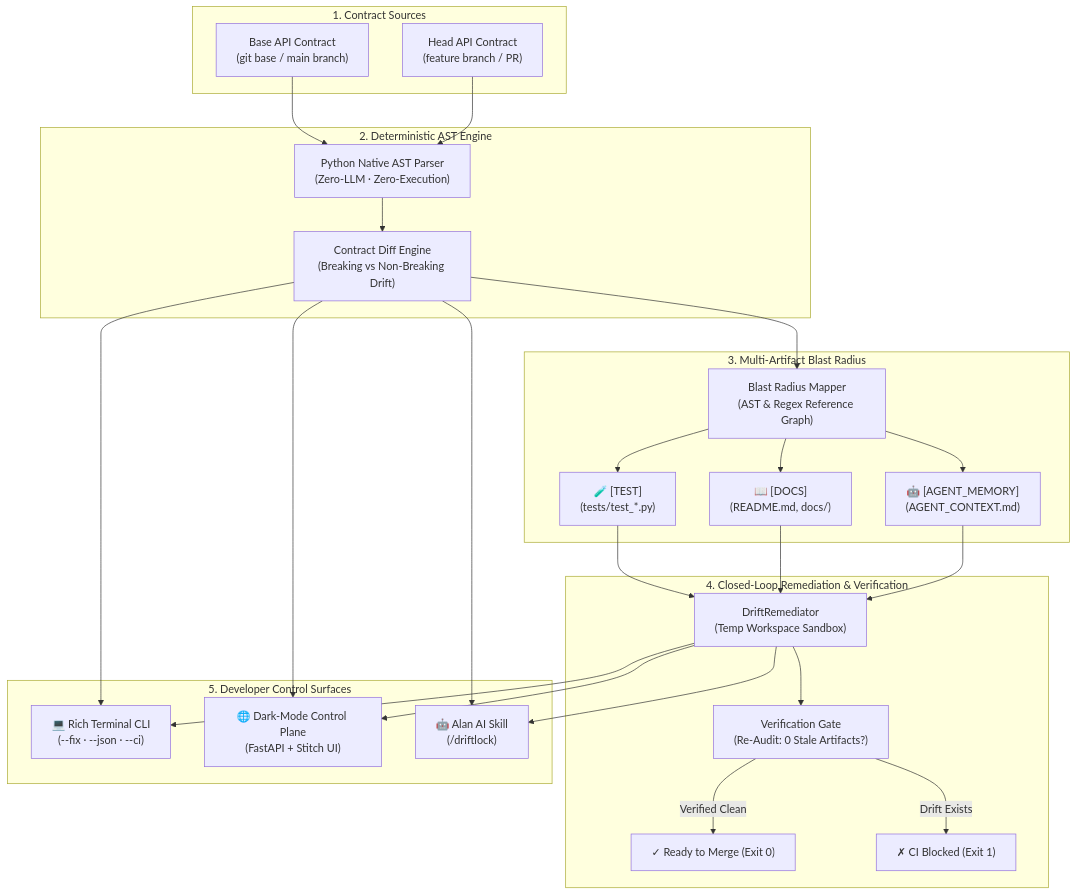
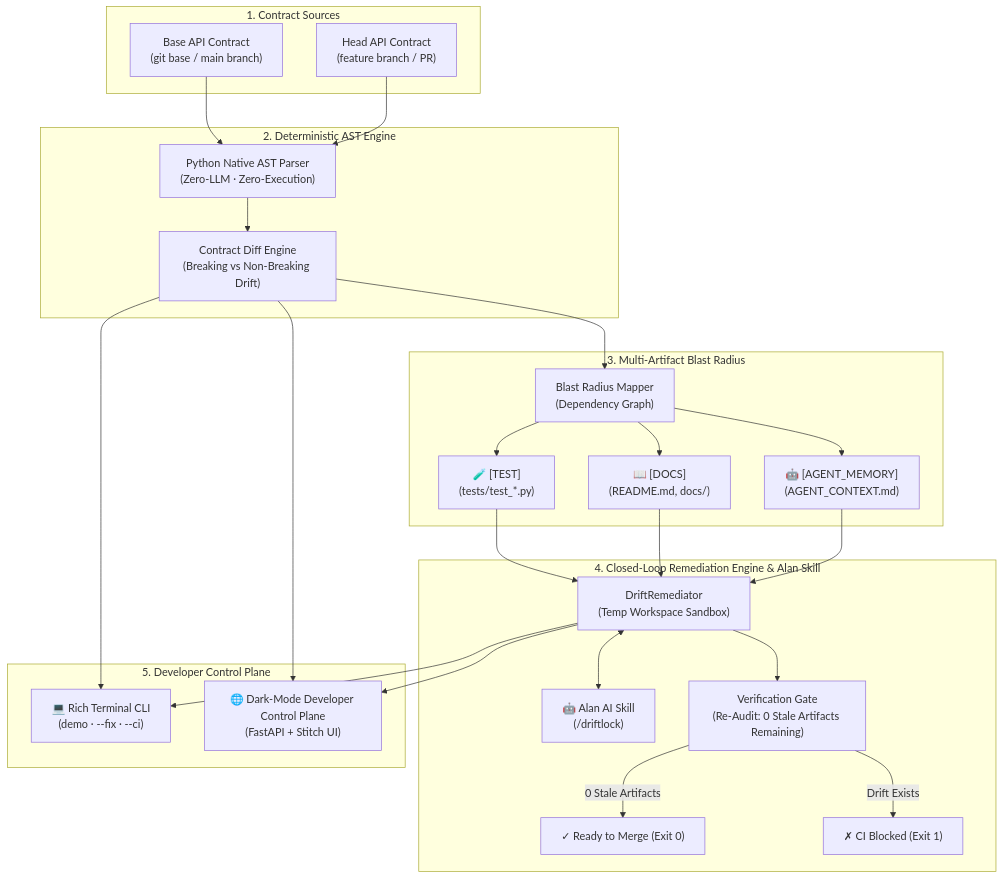
Before and after one commit to Jishnu1618/Driftlock: the diagram in README.md, drawn with Mermaid. The commit also changed other lines of this file and 1 other file, not shown here.

Commit message:
docs: polish executive README with live deployed URL and add driftlock-ci.yml workflow

````diff
--- a/README.md
+++ b/README.md
@@ -59,56 +64,55 @@
 ```mermaid
 flowchart TD
     subgraph Inputs ["1. Contract Sources"]
         Base["Base API Contract\n(git base / main branch)"]
         Head["Head API Contract\n(feature branch / PR)"]
     end
 
     subgraph CoreEngine ["2. Deterministic AST Engine"]
         ASTParser["Python Native AST Parser\n(Zero-LLM · Zero-Execution)"]
         DiffEngine["Contract Diff Engine\n(Breaking vs Non-Breaking Drift)"]
     end
 
     subgraph BlastRadius ["3. Multi-Artifact Blast Radius"]
-        Mapper["Blast Radius Mapper\n(AST & Regex Reference Graph)"]
+        Mapper["Blast Radius Mapper\n(Dependency Graph)"]
         TestArtifacts["🧪 [TEST]\n(tests/test_*.py)"]
         DocArtifacts["📖 [DOCS]\n(README.md, docs/)"]
         AgentArtifacts["🤖 [AGENT_MEMORY]\n(AGENT_CONTEXT.md)"]
     end
 
-    subgraph RemediationGate ["4. Closed-Loop Remediation & Verification"]
+    subgraph RemediationGate ["4. Closed-Loop Remediation Engine & Alan Skill"]
         Remediator["DriftRemediator\n(Temp Workspace Sandbox)"]
-        VerifySync["Verification Gate\n(Re-Audit: 0 Stale Artifacts?)"]
+        AlanSkill["🤖 Alan AI Skill\n(/driftlock)"]
+        VerifyGate["Verification Gate\n(Re-Audit: 0 Stale Artifacts Remaining)"]
         GatePass["✓ Ready to Merge (Exit 0)"]
         GateBlock["✗ CI Blocked (Exit 1)"]
     end
 
-    subgraph Interfaces ["5. Developer Control Surfaces"]
-        CLI["💻 Rich Terminal CLI\n(--fix · --json · --ci)"]
-        WebUI["🌐 Dark-Mode Control Plane\n(FastAPI + Stitch UI)"]
-        AlanSkill["🤖 Alan AI Skill\n(/driftlock)"]
+    subgraph Interfaces ["5. Developer Control Plane"]
+        CLI["💻 Rich Terminal CLI\n(demo · --fix · --ci)"]
+        WebUI["🌐 Dark-Mode Developer Control Plane\n(FastAPI + Stitch UI)"]
     end
 
     Base --> ASTParser
     Head --> ASTParser
     ASTParser --> DiffEngine
     DiffEngine --> Mapper
 
     Mapper --> TestArtifacts
     Mapper --> DocArtifacts
     Mapper --> AgentArtifacts
 
     TestArtifacts --> Remediator
     DocArtifacts --> Remediator
     AgentArtifacts --> Remediator
+    Remediator <--> AlanSkill
 
-    Remediator --> VerifySync
-    VerifySync -->|Verified Clean| GatePass
-    VerifySync -->|Drift Exists| GateBlock
+    Remediator --> VerifyGate
+    VerifyGate -->|0 Stale Artifacts| GatePass
+    VerifyGate -->|Drift Exists| GateBlock
 
     DiffEngine --> CLI
     DiffEngine --> WebUI
-    DiffEngine --> AlanSkill
     Remediator --> CLI
     Remediator --> WebUI
-    Remediator --> AlanSkill
 ```
````
